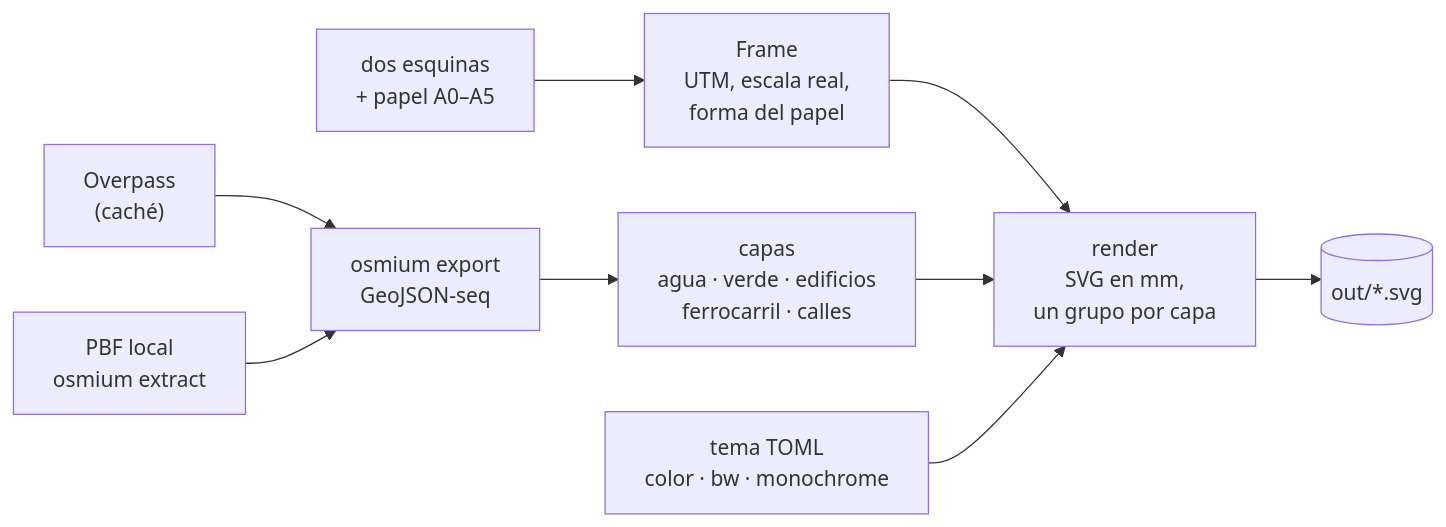
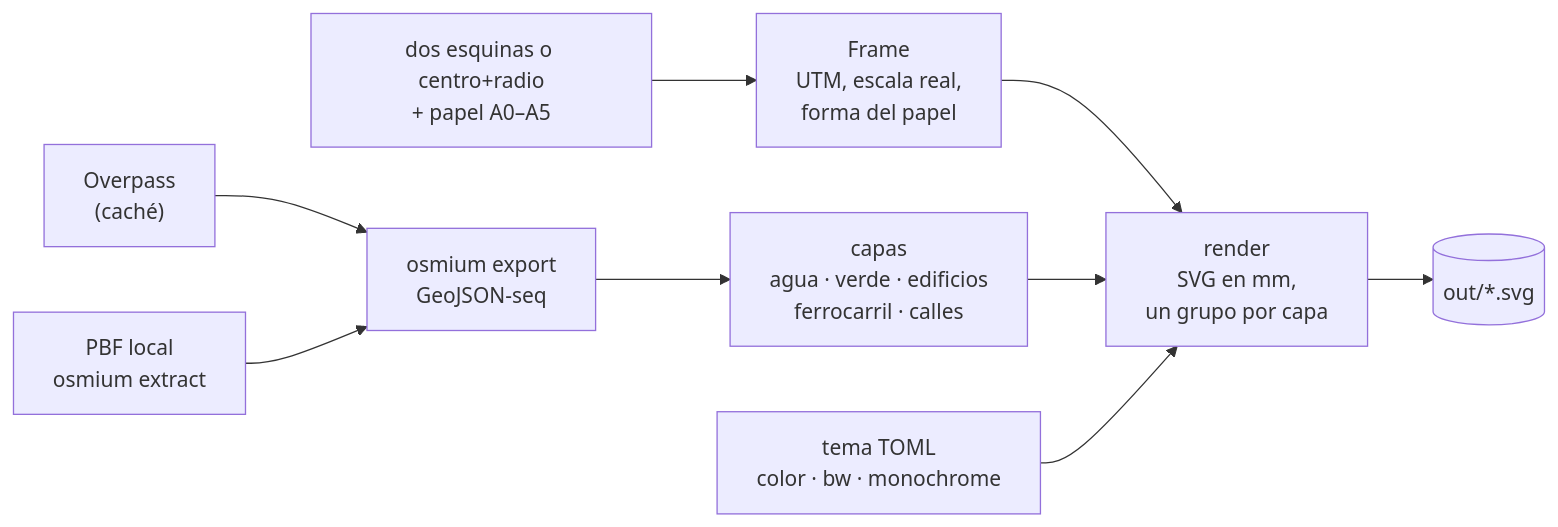
Before and after one commit to 1noro/vector-maps: the diagram in README.md, drawn with Mermaid. The commit also changed other lines of this file and 12 other files, not shown here.

````diff
--- a/README.md
+++ b/README.md
@@ -44,11 +47,11 @@
 ```mermaid
 flowchart LR
-    A["dos esquinas<br/>+ papel A0–A5"] --> F["Frame<br/>UTM, escala real,<br/>forma del papel"]
+    A["dos esquinas o centro+radio<br/>+ papel A0–A5"] --> F["Frame<br/>UTM, escala real,<br/>forma del papel"]
     O["Overpass<br/>(caché)"] --> E
     P["PBF local<br/>osmium extract"] --> E
     E["osmium export<br/>GeoJSON-seq"] --> L["capas<br/>agua · verde · edificios<br/>ferrocarril · calles"]
     F --> R
     L --> R["render<br/>SVG en mm,<br/>un grupo por capa"]
     T["tema TOML<br/>color · bw · monochrome"] --> R
     R --> S[("out/*.svg")]
 ```
````
